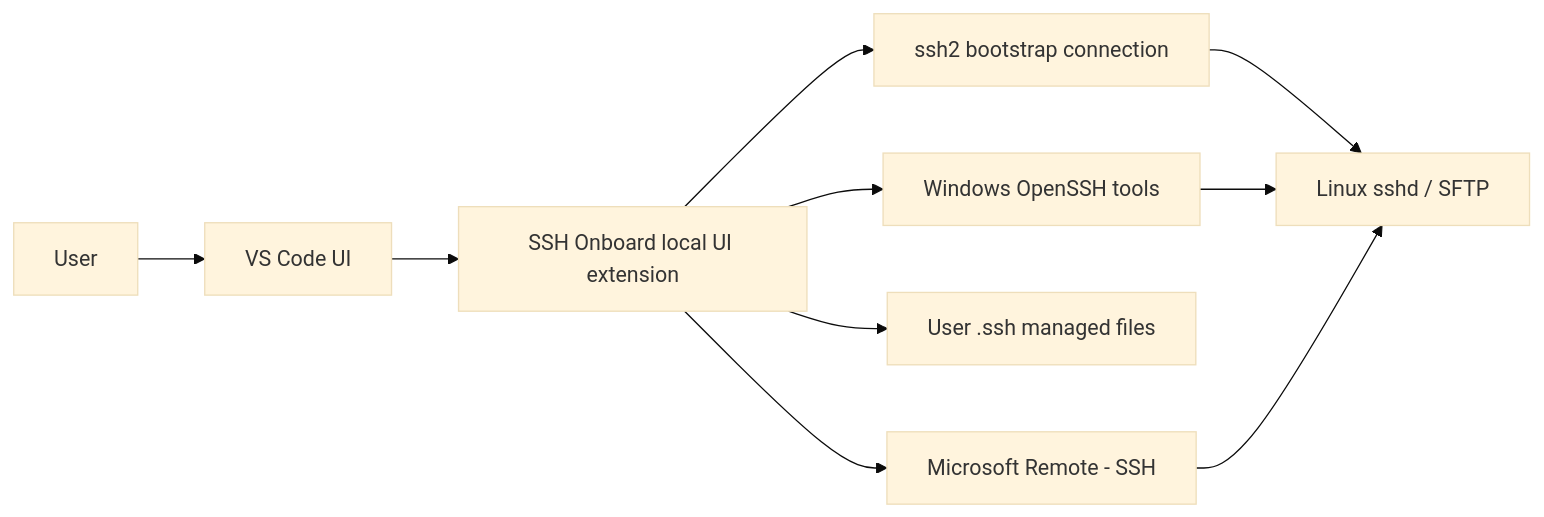
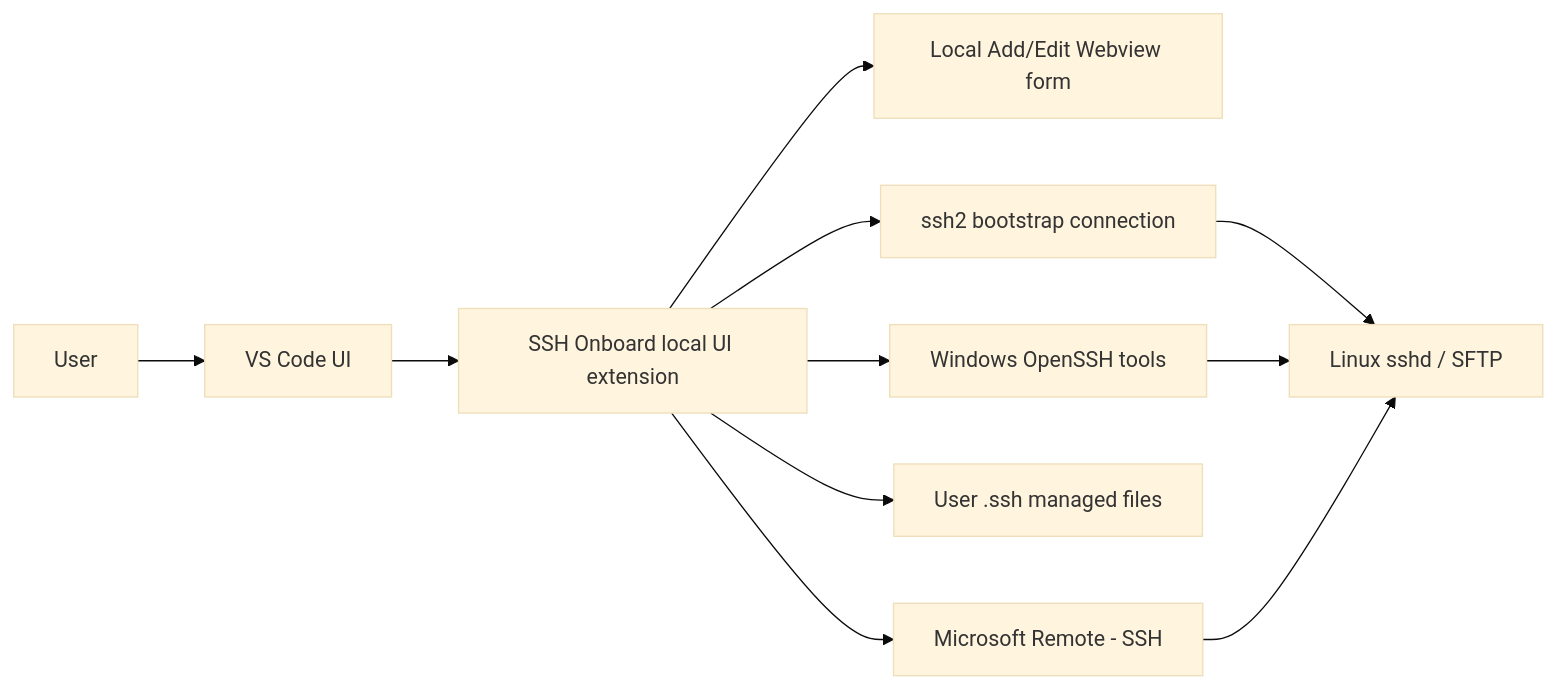
One commit to ZhangZhengruiNUS/ssh-onboard changed the first of 2 diagrams in docs/ARCHITECTURE.md. Above: the diagram before and after it, drawn with Mermaid (base theme). The commit also changed other lines of this file and 29 other files, not shown here.

````diff
--- a/docs/ARCHITECTURE.md
+++ b/docs/ARCHITECTURE.md
@@ -14,12 +14,13 @@
 ```mermaid
 flowchart LR
   U["User"] --> V["VS Code UI"]
   V --> K["SSH Onboard local UI extension"]
+  K --> WV["Local Add/Edit Webview form"]
   K --> S2["ssh2 bootstrap connection"]
   K --> OS["Windows OpenSSH tools"]
   K --> FS["User .ssh managed files"]
   S2 --> SSHD["Linux sshd / SFTP"]
   OS --> SSHD
   K --> RS["Microsoft Remote - SSH"]
   RS --> SSHD
 ```
````
